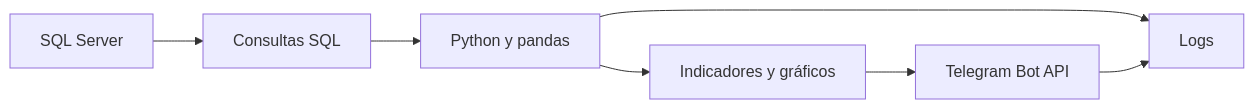
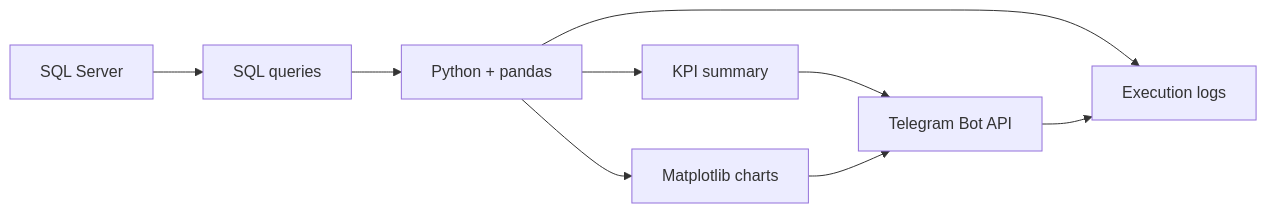
One commit to darwincamacho/call-center-telegram-reporting-automation changed the diagram in README.md. Above: the diagram before and after it, drawn with Mermaid. The commit also changed other lines of this file, not shown here.

Commit message:
docs: translate Telegram reporting README to accurate professional English

````diff
--- a/README.md
+++ b/README.md
@@ -21,9 +19,11 @@
 ```mermaid
 flowchart LR
-    A[SQL Server] --> B[Consultas SQL]
-    B --> C[Python y pandas]
-    C --> D[Indicadores y gráficos]
-    D --> E[Telegram Bot API]
-    C --> F[Logs]
+    A[SQL Server] --> B[SQL queries]
+    B --> C[Python + pandas]
+    C --> D[KPI summary]
+    C --> E[Matplotlib charts]
+    D --> F[Telegram Bot API]
     E --> F
+    C --> G[Execution logs]
+    F --> G
 ```
````
